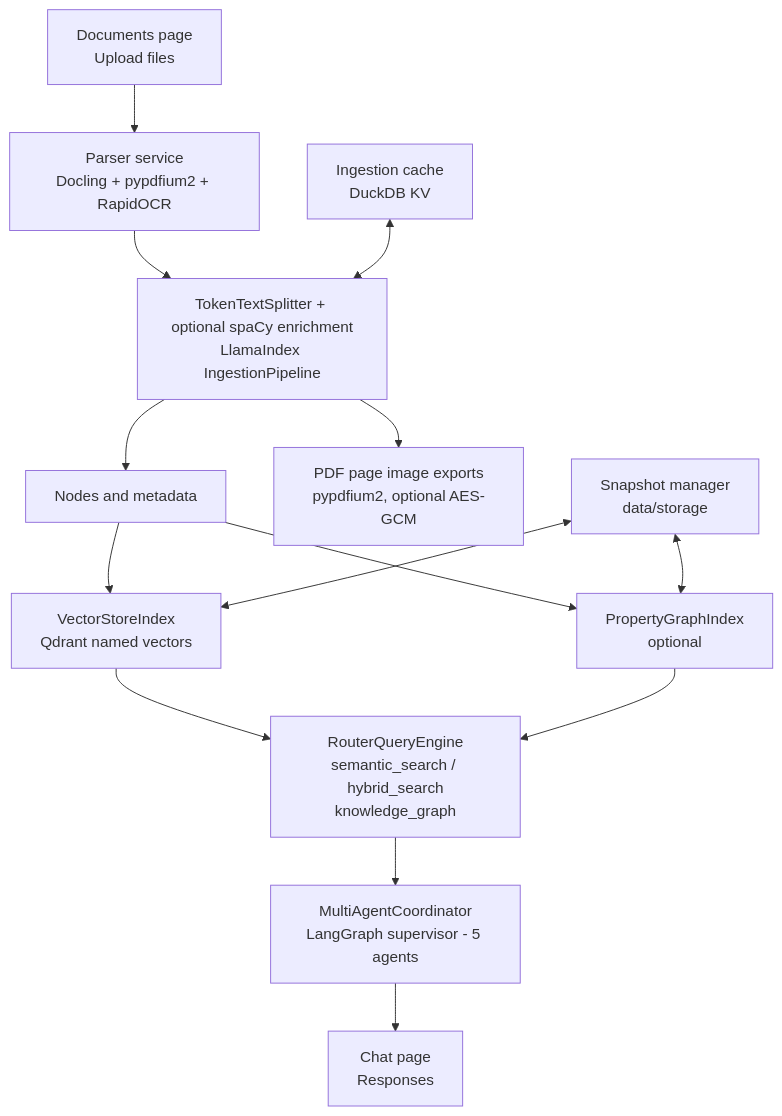
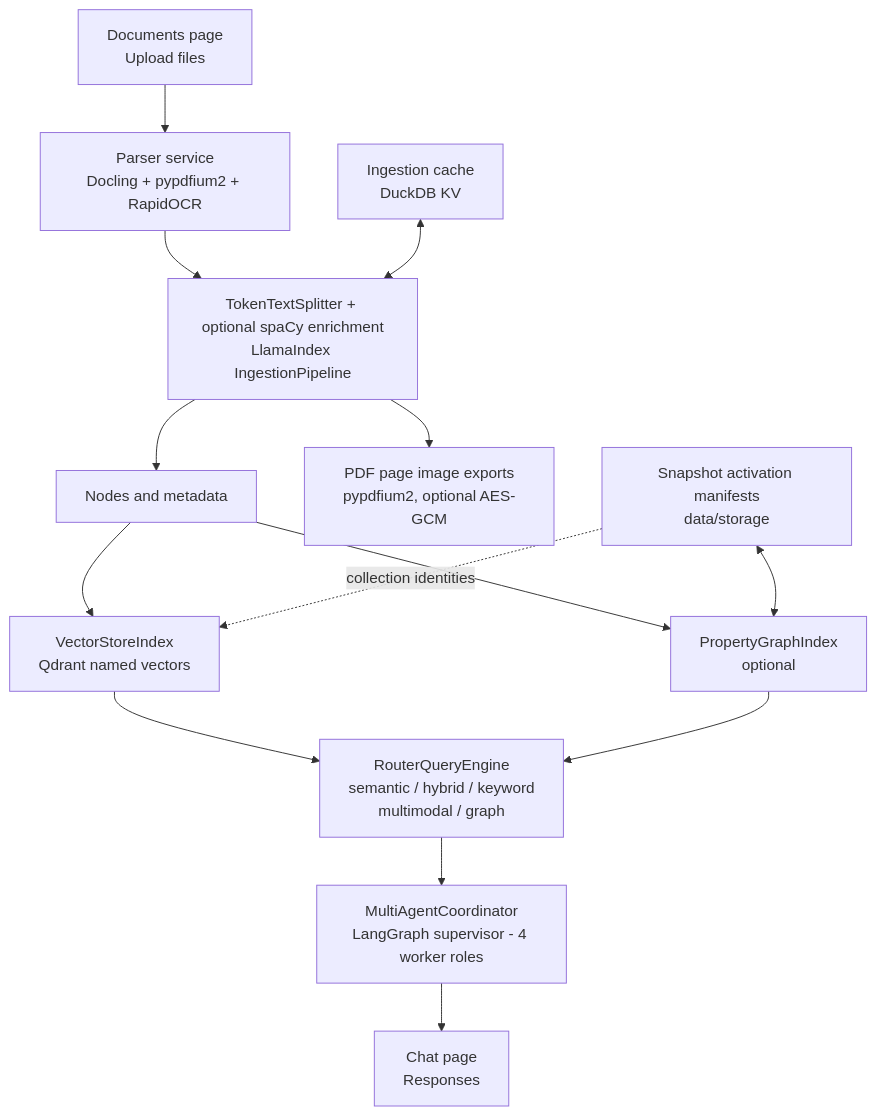
One commit to BjornMelin/docmind-ai-llm changed the diagram in README.md. Above: the diagram before and after it, drawn with Mermaid. The commit also changed other lines of this file and 434 other files, not shown here.

````diff
--- a/README.md
+++ b/README.md
@@ -530,17 +586,17 @@
 ```mermaid
 flowchart TD
     A["Documents page<br/>Upload files"] --> B["Parser service<br/>Docling + pypdfium2 + RapidOCR"]
     B --> C["TokenTextSplitter + optional spaCy enrichment<br/>LlamaIndex IngestionPipeline"]
     C --> D["Nodes and metadata"]
     D --> E["VectorStoreIndex<br/>Qdrant named vectors"]
     C --> F["PDF page image exports<br/>pypdfium2, optional AES-GCM"]
     D --> G["PropertyGraphIndex<br/>optional"]
-    E --> H["RouterQueryEngine<br/>semantic_search / hybrid_search<br/>knowledge_graph"]
+    E --> H["RouterQueryEngine<br/>semantic / hybrid / keyword<br/>multimodal / graph"]
     G --> H
-    H --> I["MultiAgentCoordinator<br/>LangGraph supervisor - 5 agents"]
+    H --> I["MultiAgentCoordinator<br/>LangGraph supervisor - 4 worker roles"]
     I --> J["Chat page<br/>Responses"]
 
-    K["Snapshot manager<br/>data/storage"] <--> E
+    K["Snapshot activation manifests<br/>data/storage"] -.->|collection identities| E
     K <--> G
     L["Ingestion cache<br/>DuckDB KV"] <--> C
 ```
````
